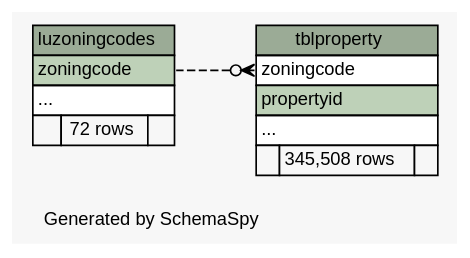
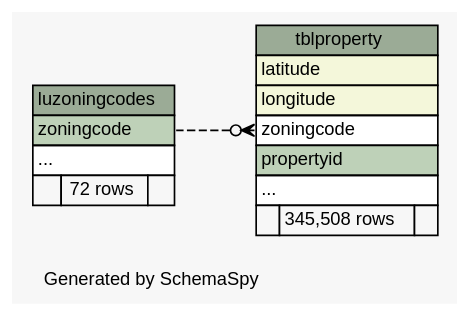
One commit to sehoven/aays401 changed the diagram in docs/databaseDoc/diagrams/summary/relationships.implied.compact.dot. Above: the diagram before and after it, drawn with Graphviz. The commit also changed 24 other files, not shown here.

```diff
--- a/docs/databaseDoc/diagrams/summary/relationships.implied.compact.dot
+++ b/docs/databaseDoc/diagrams/summary/relationships.implied.compact.dot
@@ -1,46 +1,48 @@
 // dot 2.40.1 on Mac OS X 10.10.5
 // SchemaSpy rev 590
 digraph "compactImpliedRelationshipsDiagram" {
   graph [
     rankdir="RL"
     bgcolor="#f7f7f7"
     label="\nGenerated by SchemaSpy"
     labeljust="l"
     nodesep="0.18"
     ranksep="0.46"
     fontname="Helvetica"
     fontsize="11"
   ];
   node [
     fontname="Helvetica"
     fontsize="11"
     shape="plaintext"
   ];
   edge [
     arrowsize="0.8"
   ];
   "luzoningcodes" [
     label=<
     <TABLE BORDER="0" CELLBORDER="1" CELLSPACING="0" BGCOLOR="#ffffff">
       <TR><TD COLSPAN="3" BGCOLOR="#9bab96" ALIGN="CENTER">luzoningcodes</TD></TR>
       <TR><TD PORT="zoningcode" COLSPAN="3" BGCOLOR="#bed1b8" ALIGN="LEFT">zoningcode</TD></TR>
       <TR><TD PORT="elipses" COLSPAN="3" ALIGN="LEFT">...</TD></TR>
       <TR><TD ALIGN="LEFT" BGCOLOR="#f7f7f7">  </TD><TD ALIGN="RIGHT" BGCOLOR="#f7f7f7">72 rows</TD><TD ALIGN="RIGHT" BGCOLOR="#f7f7f7">  </TD></TR>
     </TABLE>>
     URL="tables/luzoningcodes.html"
     tooltip="luzoningcodes"
   ];
   "tblproperty" [
     label=<
     <TABLE BORDER="0" CELLBORDER="1" CELLSPACING="0" BGCOLOR="#ffffff">
       <TR><TD COLSPAN="3" BGCOLOR="#9bab96" ALIGN="CENTER">tblproperty</TD></TR>
+      <TR><TD PORT="latitude" COLSPAN="3" BGCOLOR="#f4f7da" ALIGN="LEFT">latitude</TD></TR>
+      <TR><TD PORT="longitude" COLSPAN="3" BGCOLOR="#f4f7da" ALIGN="LEFT">longitude</TD></TR>
       <TR><TD PORT="zoningcode" COLSPAN="3" ALIGN="LEFT">zoningcode</TD></TR>
       <TR><TD PORT="propertyid" COLSPAN="3" BGCOLOR="#bed1b8" ALIGN="LEFT">propertyid</TD></TR>
       <TR><TD PORT="elipses" COLSPAN="3" ALIGN="LEFT">...</TD></TR>
       <TR><TD ALIGN="LEFT" BGCOLOR="#f7f7f7">  </TD><TD ALIGN="RIGHT" BGCOLOR="#f7f7f7">345,508 rows</TD><TD ALIGN="RIGHT" BGCOLOR="#f7f7f7">  </TD></TR>
     </TABLE>>
     URL="tables/tblproperty.html"
     tooltip="tblproperty"
   ];
   "tblproperty":"zoningcode":w -> "luzoningcodes":"zoningcode":e [arrowhead=none dir=back arrowtail=crowodot style=dashed];
 }
```
